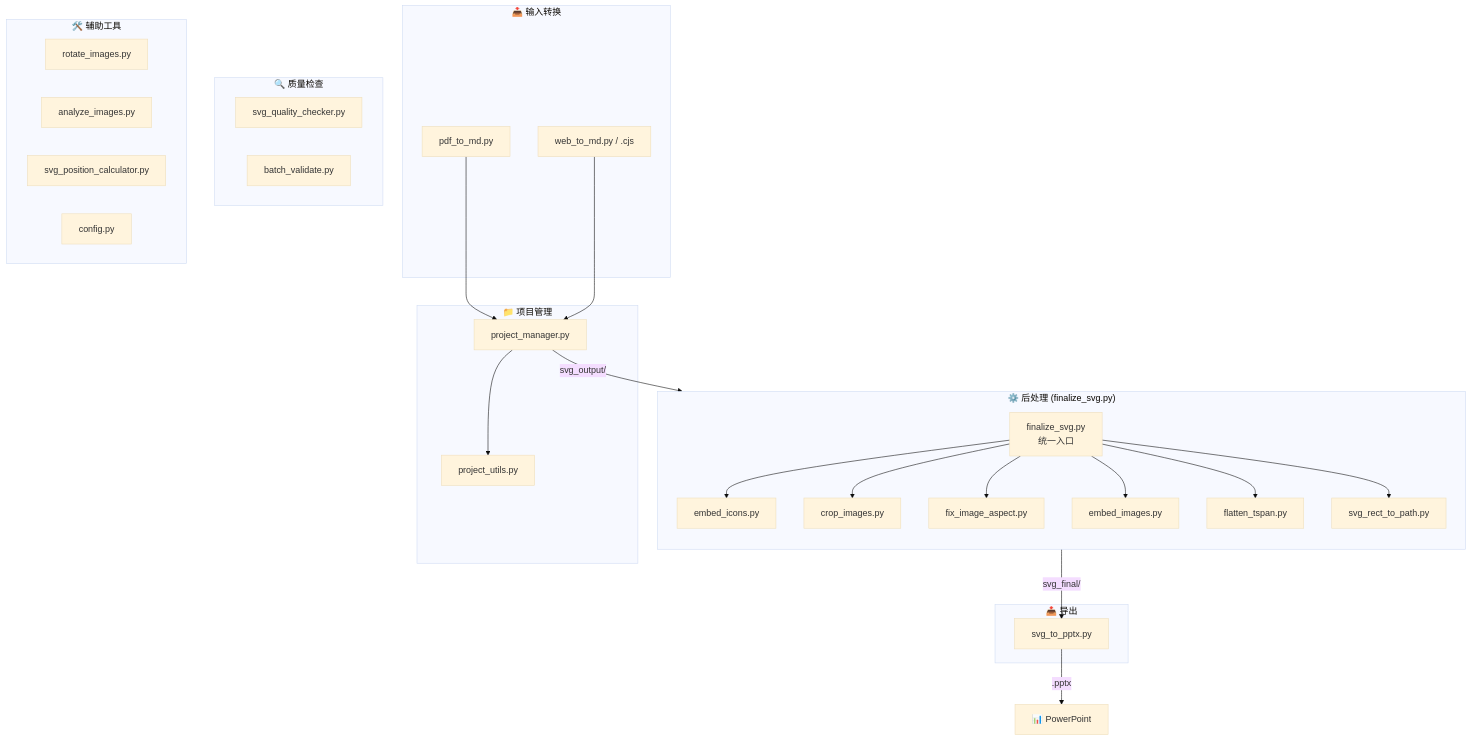
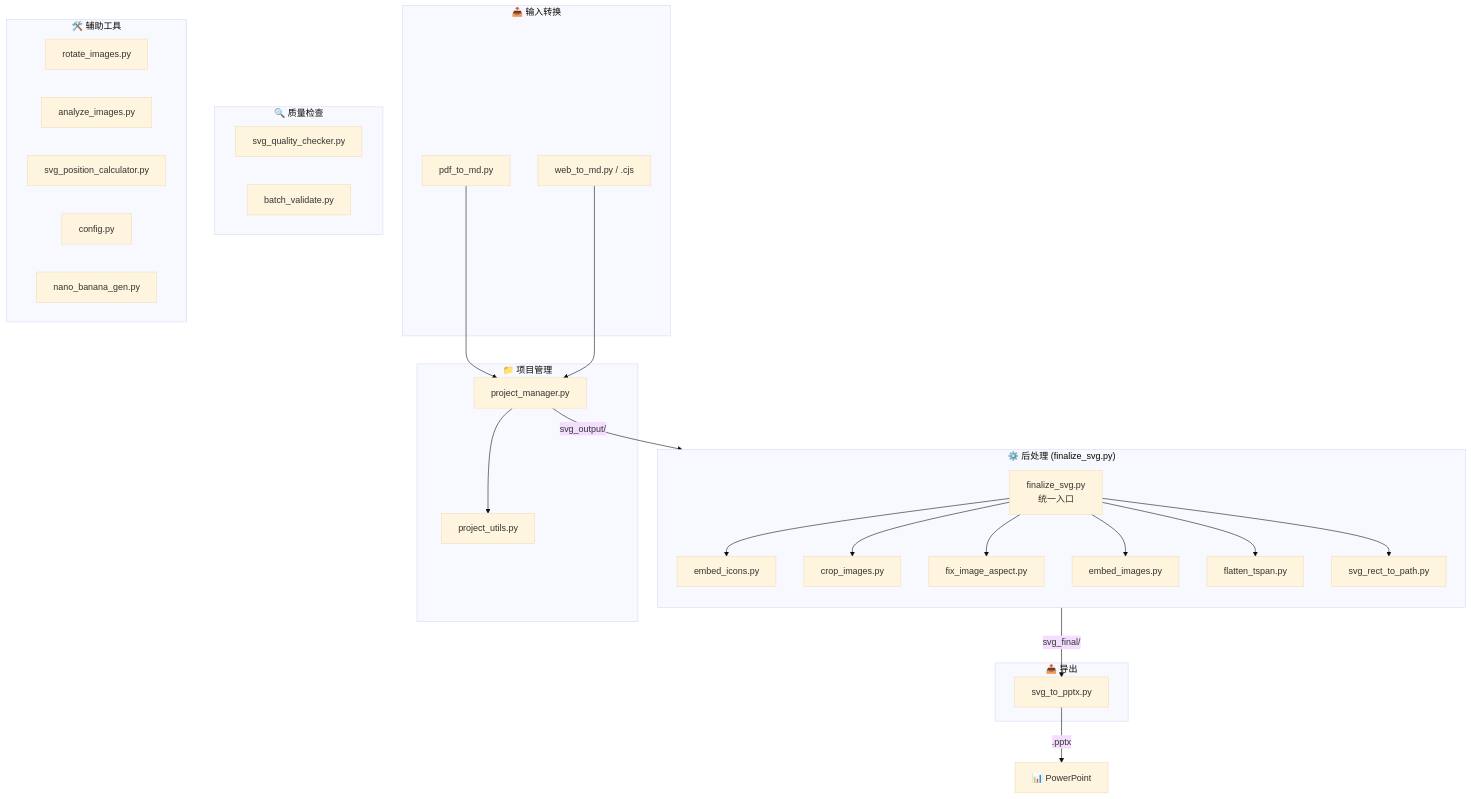
One commit to hugohe3/ppt-master changed the diagram in tools/README.md. Above: the diagram before and after it, drawn with Mermaid (base theme). The commit also changed other lines of this file and 2 other files, not shown here.

First line of the commit message:
feat(tools): 新增 Nano Banana 图像生成工具并更新文档

````diff
--- a/tools/README.md
+++ b/tools/README.md
@@ -7,53 +7,54 @@
 ```mermaid
 graph TB
     subgraph Input["📥 输入转换"]
         A1[pdf_to_md.py]
         A2[web_to_md.py / .cjs]
     end
     
     subgraph Project["📁 项目管理"]
         B1[project_manager.py]
         B2[project_utils.py]
         B1 --> B2
     end
     
     subgraph Finalize["⚙️ 后处理 (finalize_svg.py)"]
         direction TB
         C0[finalize_svg.py<br/>统一入口]
         C1[embed_icons.py]
         C2[crop_images.py]
         C3[fix_image_aspect.py]
         C4[embed_images.py]
         C5[flatten_tspan.py]
         C6[svg_rect_to_path.py]
         
         C0 --> C1
         C0 --> C2
         C0 --> C3
         C0 --> C4
         C0 --> C5
         C0 --> C6
     end
     
     subgraph Export["📤 导出"]
         D1[svg_to_pptx.py]
     end
     
     subgraph Quality["🔍 质量检查"]
         E1[svg_quality_checker.py]
         E2[batch_validate.py]
     end
     
     subgraph Utils["🛠️ 辅助工具"]
         F1[rotate_images.py]
         F2[analyze_images.py]
         F3[svg_position_calculator.py]
         F4[config.py]
+        F5[nano_banana_gen.py]
     end
     
     A1 --> B1
     A2 --> B1
     B1 -->|svg_output/| C0
     C0 -->|svg_final/| D1
     D1 -->|.pptx| Output[📊 PowerPoint]
 ```
````
